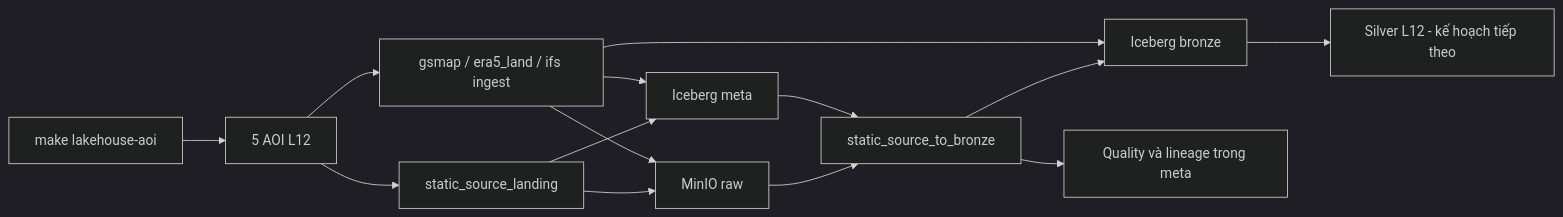
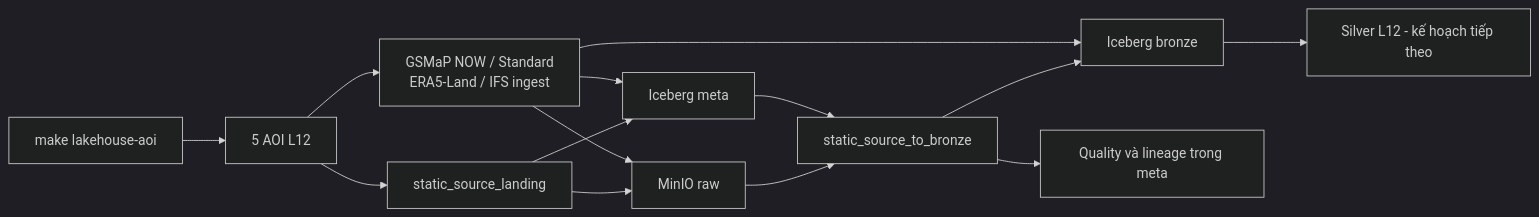
One commit to cloud-vmih/flood-lake-kg changed the first of 2 diagrams in README.md. Above: the diagram before and after it, drawn with Mermaid (dark theme). The commit also changed other lines of this file and 6 other files, not shown here.

````diff
--- a/README.md
+++ b/README.md
@@ -9,16 +9,16 @@
 ```mermaid
 flowchart LR
     A[make lakehouse-aoi] --> B[5 AOI L12]
     B --> C[static_source_landing]
     C --> D[MinIO raw]
     C --> E[Iceberg meta]
     D --> F[static_source_to_bronze]
     E --> F
     F --> G[Iceberg bronze]
     F --> H[Quality và lineage trong meta]
     G --> I[Silver L12 - kế hoạch tiếp theo]
-    B --> W[gsmap / era5_land / ifs ingest]
+    B --> W[GSMaP NOW / Standard<br/>ERA5-Land / IFS ingest]
     W --> D
     W --> E
     W --> G
 ```
````
